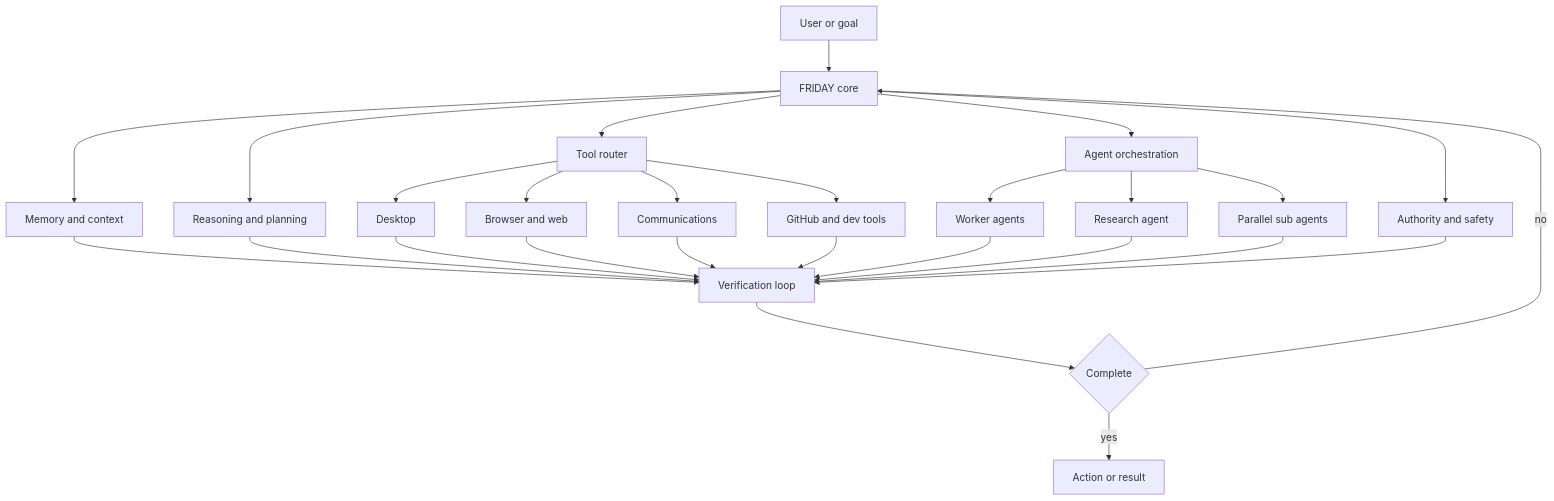
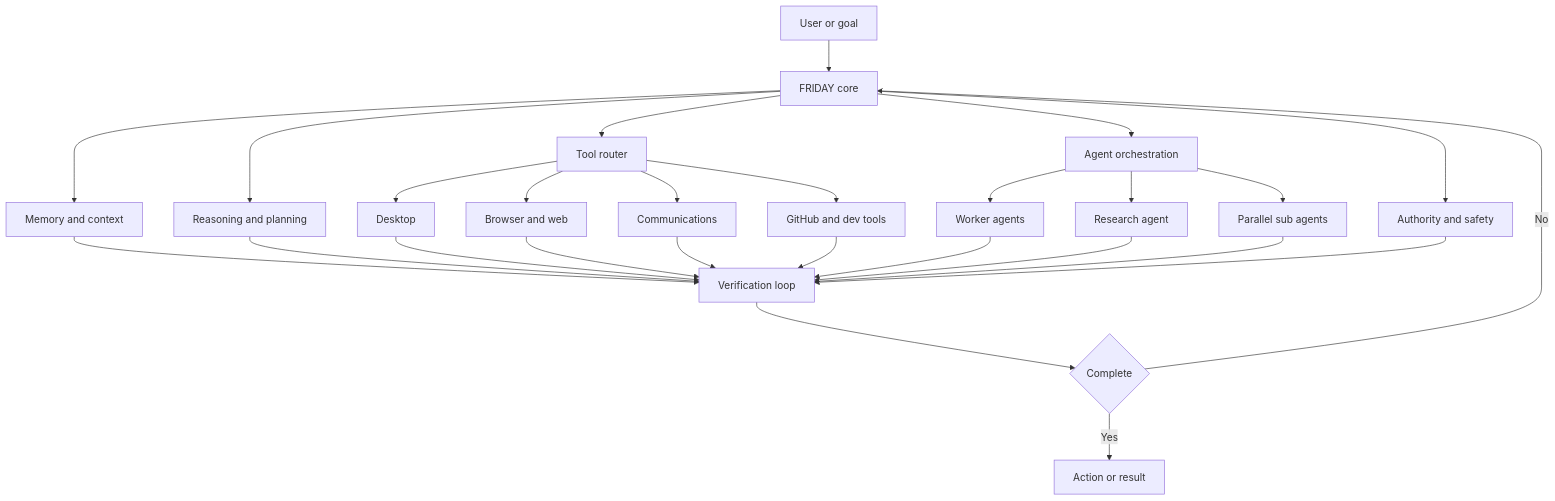
Before and after one commit to hackers-reality/hackers-reality: the second of 5 diagrams in README.md, drawn with Mermaid. The commit also changed other lines of this file, not shown here.

Commit message:
Fix Mermaid flowchart syntax in profile README

````diff
--- a/README.md
+++ b/README.md
@@ -61,29 +61,29 @@
 ```mermaid
 flowchart TD
-    user[User or goal] --> core[FRIDAY core]
-    core --> memory[Memory and context]
-    core --> reasoning[Reasoning and planning]
-    core --> router[Tool router]
-    core --> orchestration[Agent orchestration]
-    core --> authority[Authority and safety]
-    router --> desktop[Desktop]
-    router --> browser[Browser and web]
-    router --> comms[Communications]
-    router --> dev[GitHub and dev tools]
-    orchestration --> worker[Worker agents]
-    orchestration --> research[Research agent]
-    orchestration --> parallel[Parallel sub agents]
-    memory --> verify[Verification loop]
+    user["User or goal"] --> core["FRIDAY core"]
+    core --> memory["Memory and context"]
+    core --> reasoning["Reasoning and planning"]
+    core --> router["Tool router"]
+    core --> orchestration["Agent orchestration"]
+    core --> authority["Authority and safety"]
+    router --> desktop["Desktop"]
+    router --> browser["Browser and web"]
+    router --> comms["Communications"]
+    router --> dev["GitHub and dev tools"]
+    orchestration --> worker["Worker agents"]
+    orchestration --> research["Research agent"]
+    orchestration --> parallel["Parallel sub agents"]
+    memory --> verify["Verification loop"]
     reasoning --> verify
     desktop --> verify
     browser --> verify
     comms --> verify
     dev --> verify
     worker --> verify
     research --> verify
     parallel --> verify
     authority --> verify
-    verify --> done{Complete}
-    done -->|no| core
-    done -->|yes| output[Action or result]
+    verify --> done{"Complete"}
+    done -->|No| core
+    done -->|Yes| output["Action or result"]
 ```
````
